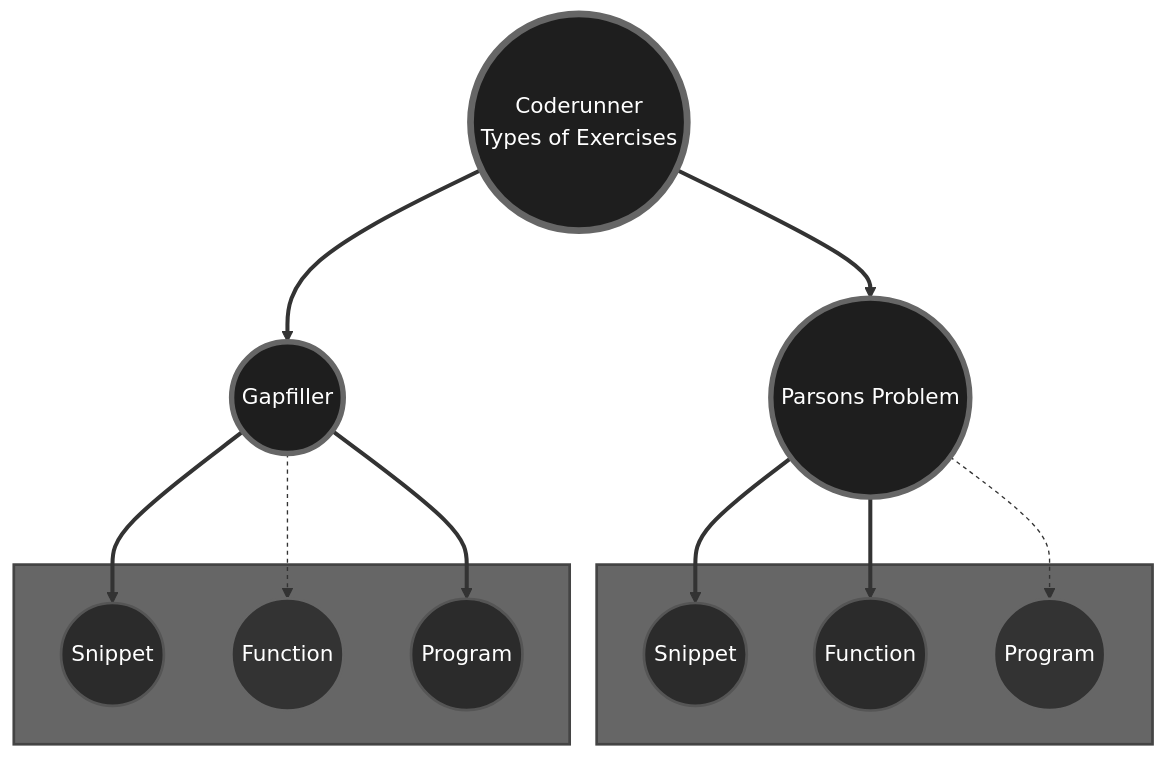
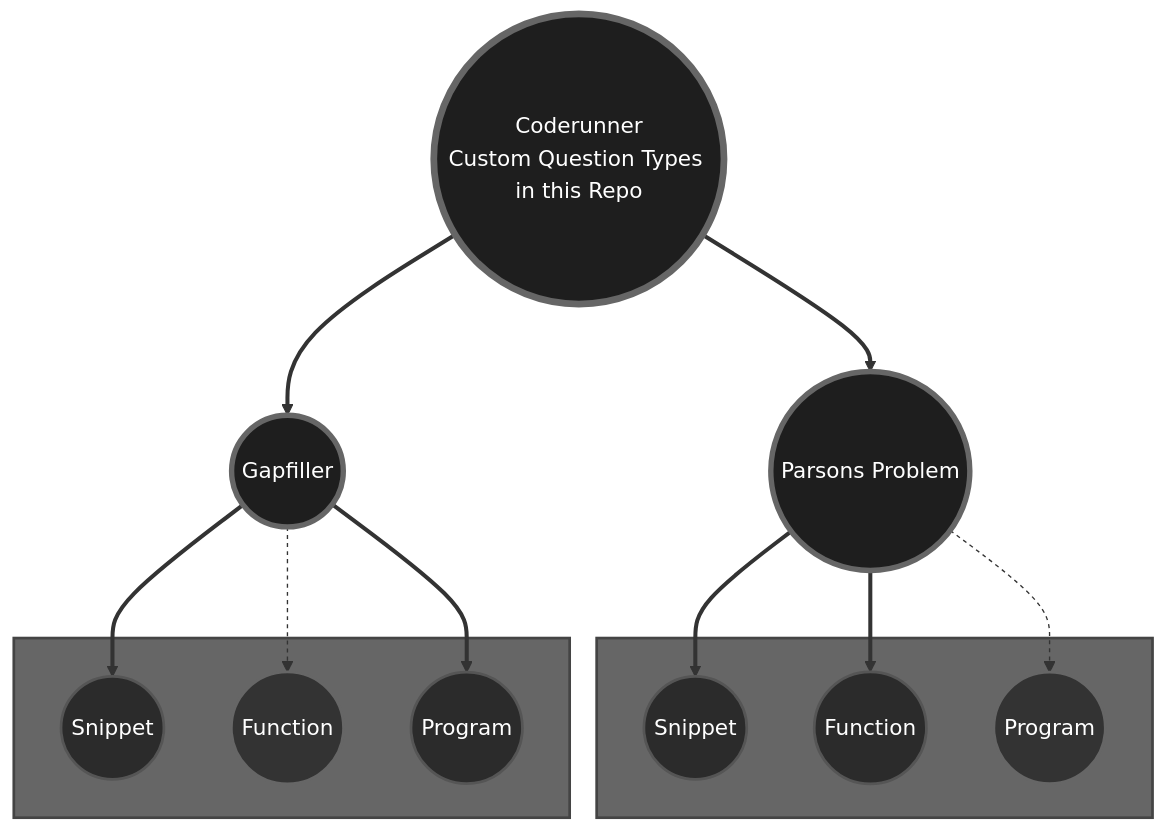
The diagram in README.md (paulschoppel/Coderunner-C-Prototypes), drawn with Mermaid before and after one commit. The commit also changed other lines of this file, not shown here.

````diff
--- a/README.md
+++ b/README.md
@@ -4,70 +12,70 @@
 ```mermaid
 flowchart TD
     %% Main Node
-    Coderunner((Coderunner<br/>Types of Exercises))
+    Coderunner((Coderunner<br/>Custom Question Types in this Repo))
 
     %% Subcategories
     ParsonsProblem((Parsons Problem))
     Gapfiller((Gapfiller))
 
     %% Parsons Problem Nodes
     subgraph ParsonsProblemGroup [ ]
         Snippet1((Snippet))
         Function1((Function))
         Programm1((Program))
     end
 
     %% Gapfiller Nodes
     subgraph GapfillerGroup [ ]
         Snippet2((Snippet))
         Function2((Function))
         Programm2((Program))
     end
 
     %% Hierarchical structure
     Coderunner --> ParsonsProblem
     Coderunner --> Gapfiller
 
     ParsonsProblem --> Snippet1
     ParsonsProblem --> Function1
     ParsonsProblem -.-> Programm1
 
     Gapfiller --> Snippet2
     Gapfiller -.-> Function2
     Gapfiller --> Programm2
 
     %% Styles for Main Nodes
     style Coderunner stroke-width:5px,fill:#1e1e1e,stroke:#666,color:#ffffff
     style ParsonsProblem stroke-width:4px,fill:#1e1e1e,stroke:#666,color:#ffffff
     style Gapfiller stroke-width:4px,fill:#1e1e1e,stroke:#666,color:#ffffff
 
     %% Styles for Exercise Nodes
     style Snippet1 stroke-width:2px,fill:#2b2b2b,stroke:#555,color:#ffffff
     style Function1 stroke-width:2px,fill:#2b2b2b,stroke:#555,color:#ffffff
     style Programm1 stroke-width:2px,fill:#2b2b2b,stroke:#555,color:#ffffff
 
     style Snippet2 stroke-width:2px,fill:#2b2b2b,stroke:#555,color:#ffffff
     style Function2 stroke-width:2px,fill:#2b2b2b,stroke:#555,color:#ffffff
     style Programm2 stroke-width:2px,fill:#2b2b2b,stroke:#555,color:#ffffff
 
     %% Styles for faded/dashed nodes
     style Programm1 fill:#333,stroke:#666,color:#ffffff
     style Function2 fill:#333,stroke:#666,color:#ffffff
 
     %% Link Styles
     linkStyle 0 stroke-width:3px
     linkStyle 1 stroke-width:3px
     linkStyle 2 stroke-width:3px
     linkStyle 3 stroke-width:3px
     linkStyle 4 stroke-width:1px,stroke-dasharray: 3,3
     linkStyle 5 stroke-width:3px
     linkStyle 6 stroke-width:1px,stroke-dasharray: 3,3
     linkStyle 7 stroke-width:3px
 
     %% Subgraph styles (optional background for groups)
     classDef ParsonsProblemGroupStyle fill:#666,stroke:#444,stroke-width:2px;
     classDef GapfillerGroupStyle fill:#666,stroke:#444,stroke-width:2px;
     class ParsonsProblemGroup ParsonsProblemGroupStyle;
     class GapfillerGroup GapfillerGroupStyle;
 
 ```
````
